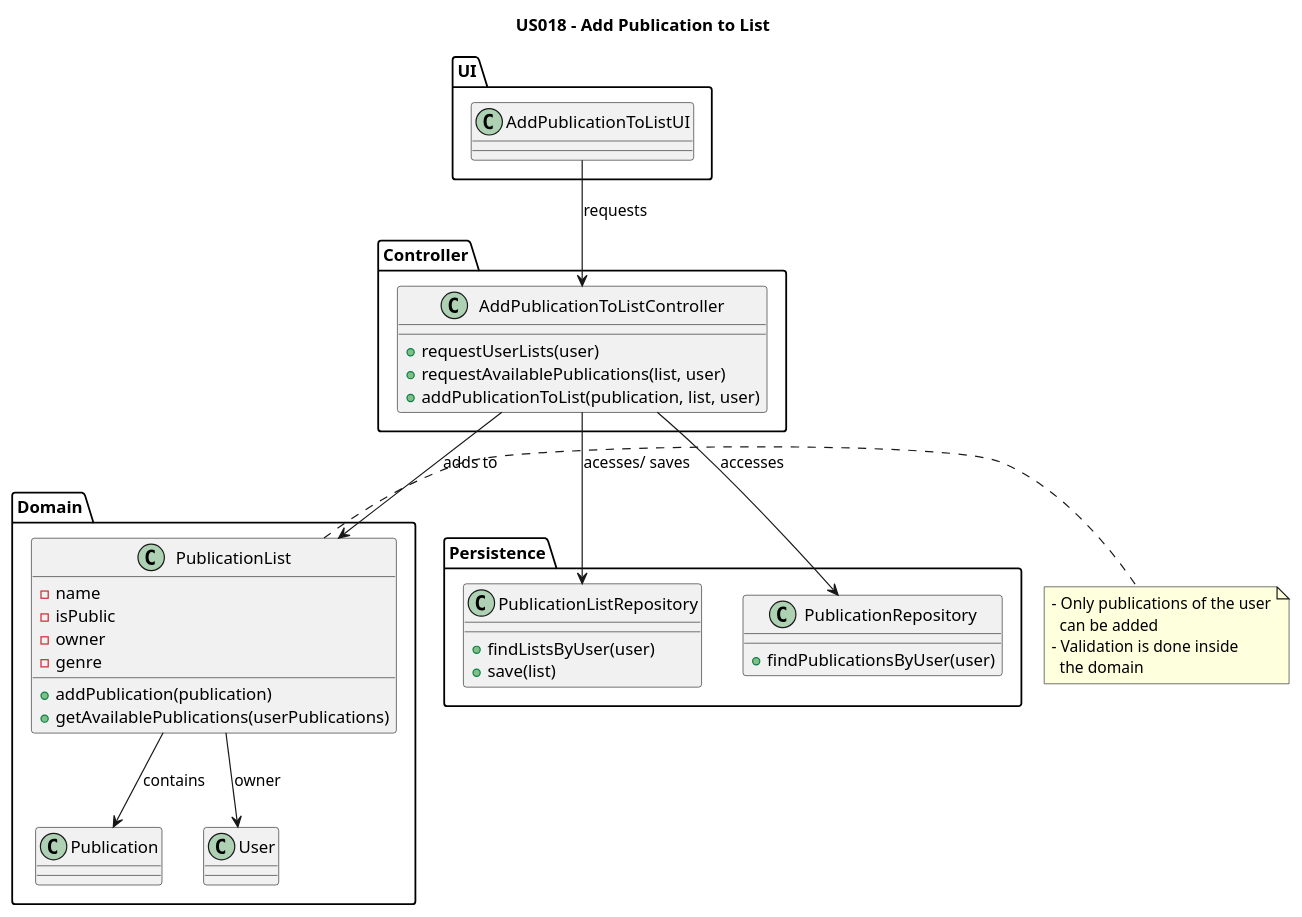
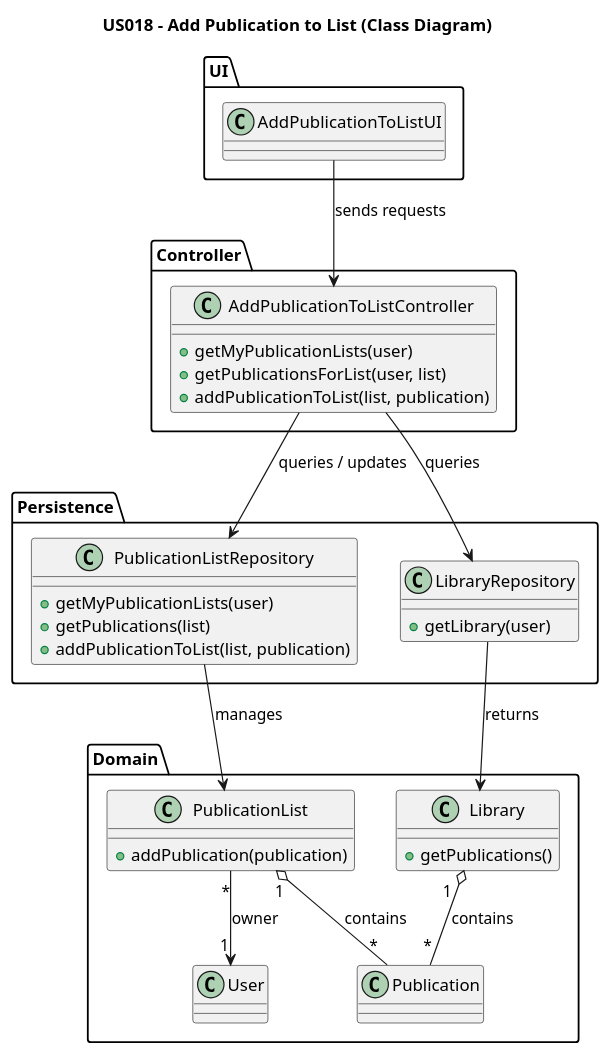
Before and after one commit to AndrePereiraGitH/SWitCH-Project-Team_A: the diagram in Diagrams/ClassDiagrams/US018-to-add-publication-to-list.puml, drawn with PlantUML. The commit also changed 5 other files, not shown here.

Commit message:
#88 #89 and #92 #94: update SSD (N1), sequence (N2) and class diagrams

```diff
--- a/Diagrams/ClassDiagrams/US018-to-add-publication-to-list.puml
+++ b/Diagrams/ClassDiagrams/US018-to-add-publication-to-list.puml
@@ -1,56 +1,53 @@
 @startuml
-title US018 – Add Publication to List
+title US018 - Add Publication to List (Class Diagram)
 
 package "UI" {
   class AddPublicationToListUI
 }
 
 package "Controller" {
-    class AddPublicationToListController {
-      +requestUserLists(user)
-      +requestAvailablePublications(list, user)
-      +addPublicationToList(publication, list, user)
-    }
+  class AddPublicationToListController {
+    +getMyPublicationLists(user)
+    +getPublicationsForList(user, list)
+    +addPublicationToList(list, publication)
+  }
+}
+
+package "Persistence" {
+  class PublicationListRepository {
+    +getMyPublicationLists(user)
+    +getPublications(list)
+    +addPublicationToList(list, publication)
+  }
+
+  class LibraryRepository {
+    +getLibrary(user)
+  }
 }
 
 package "Domain" {
+  class Library {
+    +getPublications()
+  }
+
   class PublicationList {
-    -name
-    -isPublic
-    -owner
-    -genre
     +addPublication(publication)
-    +getAvailablePublications(userPublications)
   }
 
   class Publication
   class User
 }
 
-package "Persistence" {
-  class PublicationListRepository {
-     +findListsByUser(user)
-     +save(list)
-  }
+AddPublicationToListUI --> AddPublicationToListController : sends requests
 
-  class PublicationRepository {
-    +findPublicationsByUser(user)
-  }
-}
+AddPublicationToListController --> PublicationListRepository : queries / updates
+AddPublicationToListController --> LibraryRepository : queries
 
-AddPublicationToListUI --> AddPublicationToListController : requests
-AddPublicationToListController --> PublicationList : adds to
-AddPublicationToListController --> PublicationListRepository : acesses/ saves
-AddPublicationToListController --> PublicationRepository : accesses
+LibraryRepository --> Library : returns
+PublicationListRepository --> PublicationList : manages
 
-PublicationList --> Publication : contains
-PublicationList --> User : owner
-
-note right of PublicationList
-  - Only publications of the user
-    can be added
-  - Validation is done inside
-    the domain
-end note
+Library "1  " o-- "*" Publication : contains
+PublicationList "  1" o-- "*" Publication : contains
+PublicationList "*" --> "    1" User : owner
 
 @enduml
```
